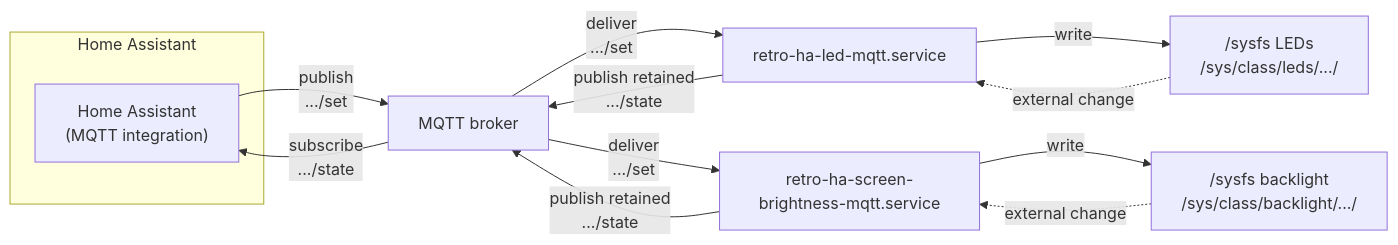
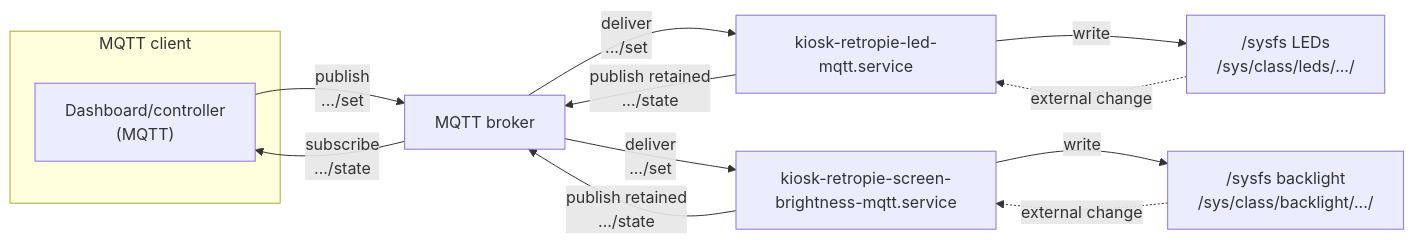
The third of 3 diagrams in README.md (theaussiepom/retro-ha-appliance), drawn with Mermaid before and after one commit. The commit also changed other lines of this file and 130 other files, not shown here.

Commit message:
chore: rebrand to kiosk-retropie (#7)

````diff
--- a/README.md
+++ b/README.md
@@ -344,27 +340,27 @@
 ```mermaid
 flowchart LR
-  subgraph HA_BOX[Home Assistant]
-    HA["Home Assistant<br/>(MQTT integration)"]
+  subgraph CLIENT_BOX[MQTT client]
+    CLIENT["Dashboard/controller<br/>(MQTT)"]
   end
   BROKER[MQTT broker]
 
-  LEDSVC[retro-ha-led-mqtt.service]
-  BRISVC[retro-ha-screen-brightness-mqtt.service]
+  LEDSVC[kiosk-retropie-led-mqtt.service]
+  BRISVC[kiosk-retropie-screen-brightness-mqtt.service]
 
   SYSLED["/sysfs LEDs<br/>/sys/class/leds/.../"]
   SYSBL["/sysfs backlight<br/>/sys/class/backlight/.../"]
 
-  HA -->|"publish<br/>.../set"| BROKER
+  CLIENT -->|"publish<br/>.../set"| BROKER
   BROKER -->|"deliver<br/>.../set"| LEDSVC
   BROKER -->|"deliver<br/>.../set"| BRISVC
 
   LEDSVC -->|write| SYSLED
   BRISVC -->|write| SYSBL
 
   LEDSVC -->|"publish retained<br/>.../state"| BROKER
   BRISVC -->|"publish retained<br/>.../state"| BROKER
-  BROKER -->|"subscribe<br/>.../state"| HA
+  BROKER -->|"subscribe<br/>.../state"| CLIENT
 
   SYSLED -. external change .-> LEDSVC
   SYSBL -. external change .-> BRISVC
 ```
````
